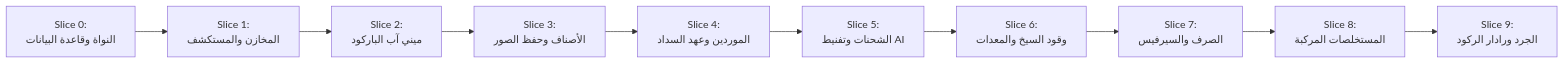
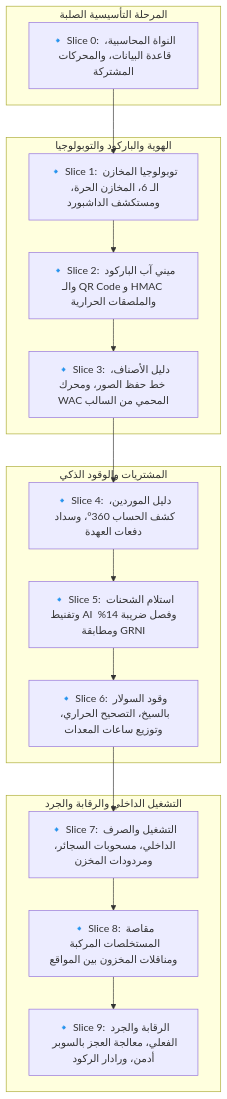
One commit to SalehOsman/Alsaada-Smart-Bot changed the fourth of 4 diagrams in docs/work-plans/61-plan-specialized-multi-warehouse-procurement-and-closed-loop-financial-architecture.md. Above: the diagram before and after it, drawn with Mermaid. The commit also changed other lines of this file and 165 other files, not shown here.

````diff
--- a/docs/work-plans/61-plan-specialized-multi-warehouse-procurement-and-closed-loop-financial-architecture.md
+++ b/docs/work-plans/61-plan-specialized-multi-warehouse-procurement-and-closed-loop-financial-architecture.md
@@ -455,12 +822,34 @@
 ```mermaid
-graph LR
-    S0["Slice 0:<br/>النواة وقاعدة البيانات"] --> S1["Slice 1:<br/>المخازن والمستكشف"]
-    S1 --> S2["Slice 2:<br/>ميني آب الباركود"]
-    S2 --> S3["Slice 3:<br/>الأصناف وحفظ الصور"]
-    S3 --> S4["Slice 4:<br/>الموردين وعهد السداد"]
-    S4 --> S5["Slice 5:<br/>الشحنات وتفنيط AI"]
-    S5 --> S6["Slice 6:<br/>وقود السيخ والمعدات"]
-    S6 --> S7["Slice 7:<br/>الصرف والسيرفيس"]
-    S7 --> S8["Slice 8:<br/>المستخلصات المركبة"]
-    S8 --> S9["Slice 9:<br/>الجرد ورادار الركود"]
+flowchart TD
+    subgraph Foundation ["المرحلة التأسيسية الصلبة"]
+        S0["🔹 Slice 0: النواة المحاسبية، قاعدة البيانات، والمحركات المشتركة"]
+    end
+
+    subgraph TopologyAndIdentity ["الهوية والباركود والتوبولوجيا"]
+        S1["🔹 Slice 1: توبولوجيا المخازن الـ 6، المخازن الحرة، ومستكشف الداشبورد"]
+        S2["🔹 Slice 2: ميني آب الباركود والـ QR Code و HMAC والملصقات الحرارية"]
+        S3["🔹 Slice 3: دليل الأصناف، خط حفظ الصور، ومحرك WAC المحمي من السالب"]
+    end
+
+    subgraph ProcurementAndFuel ["المشتريات والوقود الذكي"]
+        S4["🔹 Slice 4: دليل الموردين، كشف الحساب 360°، وسداد دفعات العهدة"]
+        S5["🔹 Slice 5: استلام الشحنات وتفنيط AI وفصل ضريبة 14% ومطابقة GRNI"]
+        S6["🔹 Slice 6: وقود السولار بالسيخ، التصحيح الحراري، وتوزيع ساعات المعدات"]
+    end
+
+    subgraph OperationsAndAudit ["التشغيل الداخلي والرقابة والجرد"]
+        S7["🔹 Slice 7: التشغيل والصرف الداخلي، مسحوبات السجائر، ومردودات المخزن"]
+        S8["🔹 Slice 8: مقاصة المستخلصات المركبة ومناقلات المخزون بين المواقع"]
+        S9["🔹 Slice 9: الرقابة والجرد الفعلي، معالجة العجز بالسوبر أدمن، ورادار الركود"]
+    end
+
+    S0 --> S1
+    S1 --> S2
+    S2 --> S3
+    S3 --> S4
+    S4 --> S5
+    S5 --> S6
+    S6 --> S7
+    S7 --> S8
+    S8 --> S9
 ```
````
